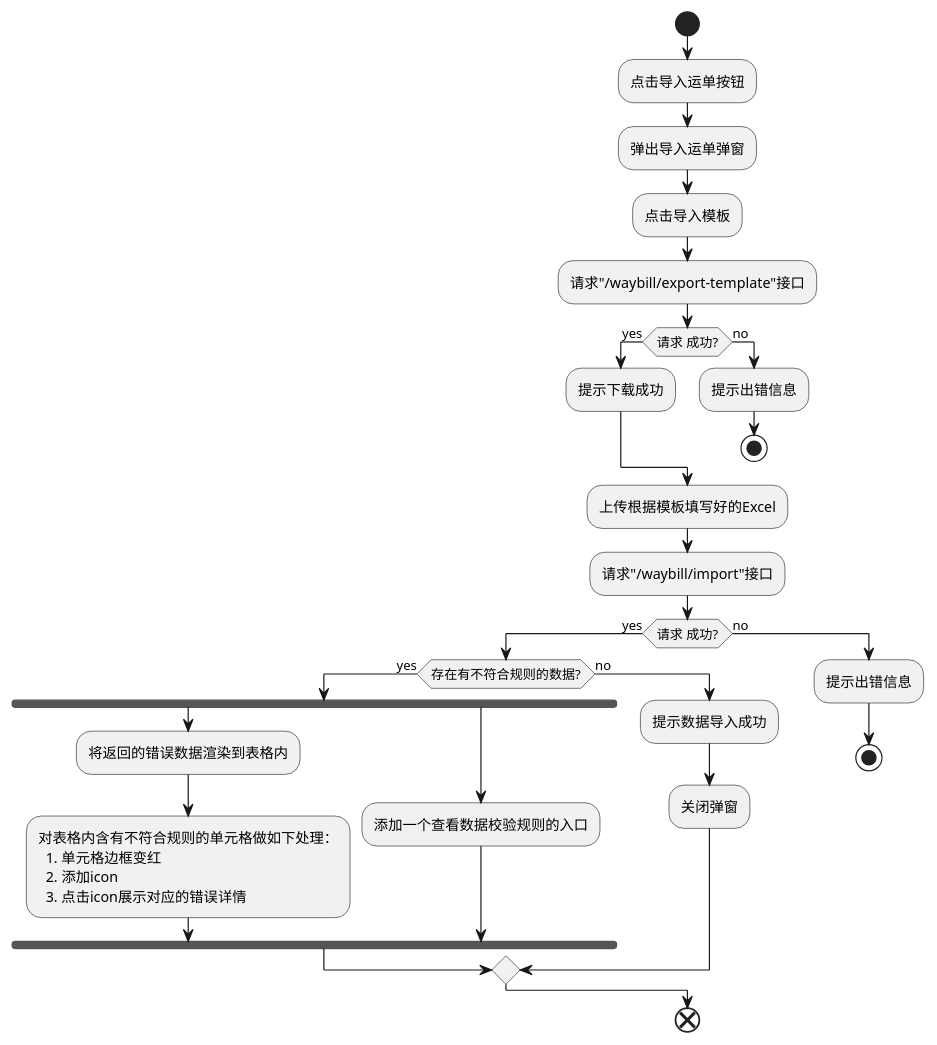
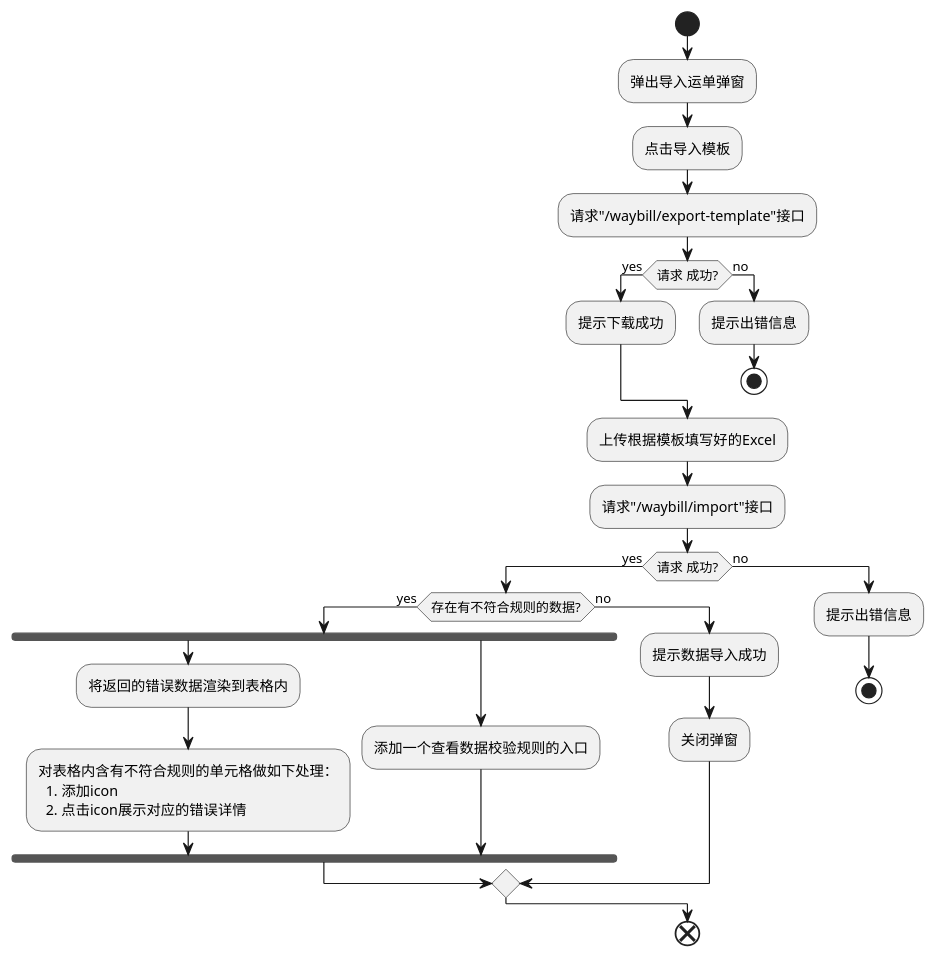
Before and after one commit to futurekidult/lis: the diagram in docs/development-flow-diagram.puml/logistics-list/import-waybill.puml, drawn with PlantUML. The commit also changed 13 other files, not shown here.

```diff
--- a/docs/development-flow-diagram.puml/logistics-list/import-waybill.puml
+++ b/docs/development-flow-diagram.puml/logistics-list/import-waybill.puml
@@ -1,37 +1,35 @@
 @startuml
 
 start
-:点击导入运单按钮;
 :弹出导入运单弹窗;
 :点击导入模板;
 :请求"/waybill/export-template"接口;
 if(请求 成功?) then (yes)
   :提示下载成功;
 else (no)
   :提示出错信息;
   stop
 endif
 :上传根据模板填写好的Excel;
 :请求"/waybill/import"接口;
 if(请求 成功?) then (yes)
   if(存在有不符合规则的数据?) then (yes)
     fork
       :将返回的错误数据渲染到表格内;
       :对表格内含有不符合规则的单元格做如下处理：
-        1. 单元格边框变红
-        2. 添加icon
-        3. 点击icon展示对应的错误详情; 
+        1. 添加icon
+        2. 点击icon展示对应的错误详情; 
     fork again
       :添加一个查看数据校验规则的入口;
     end fork
   else (no)
     :提示数据导入成功;
     :关闭弹窗;
   endif
 else (no)
   :提示出错信息;
   stop
 endif
 end
 
 @enduml
```
